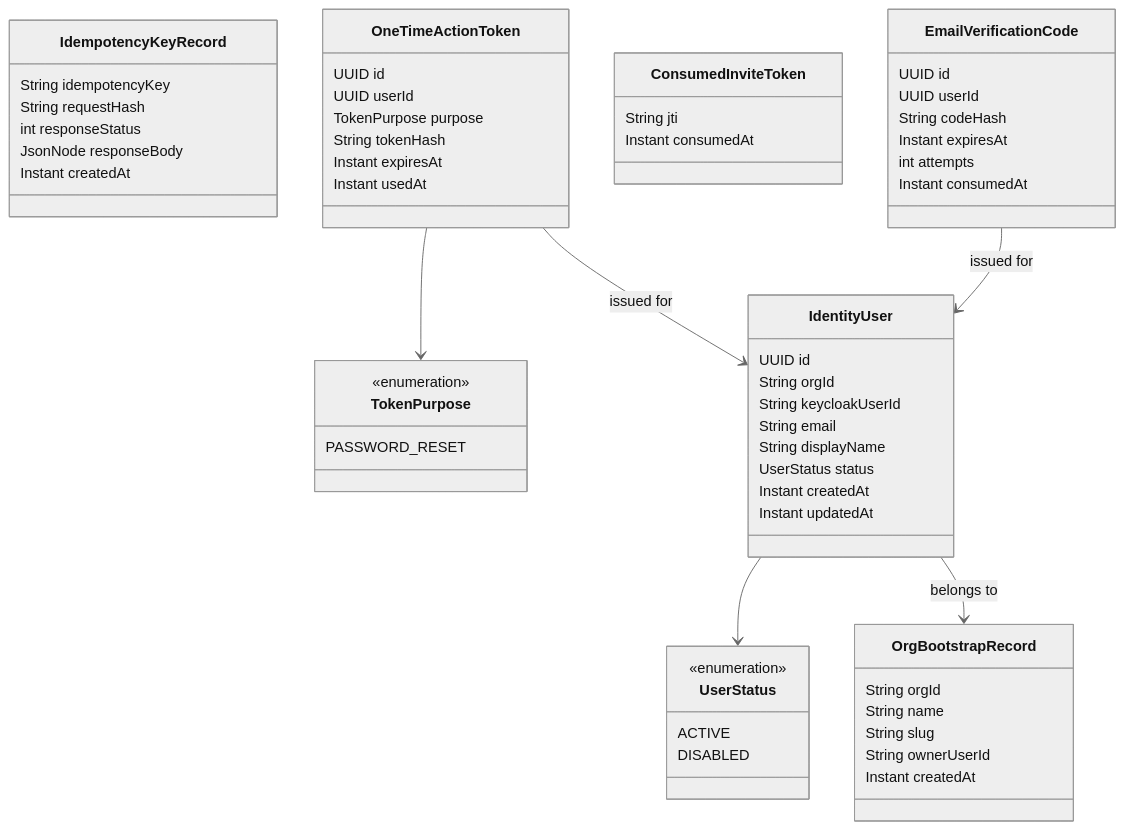
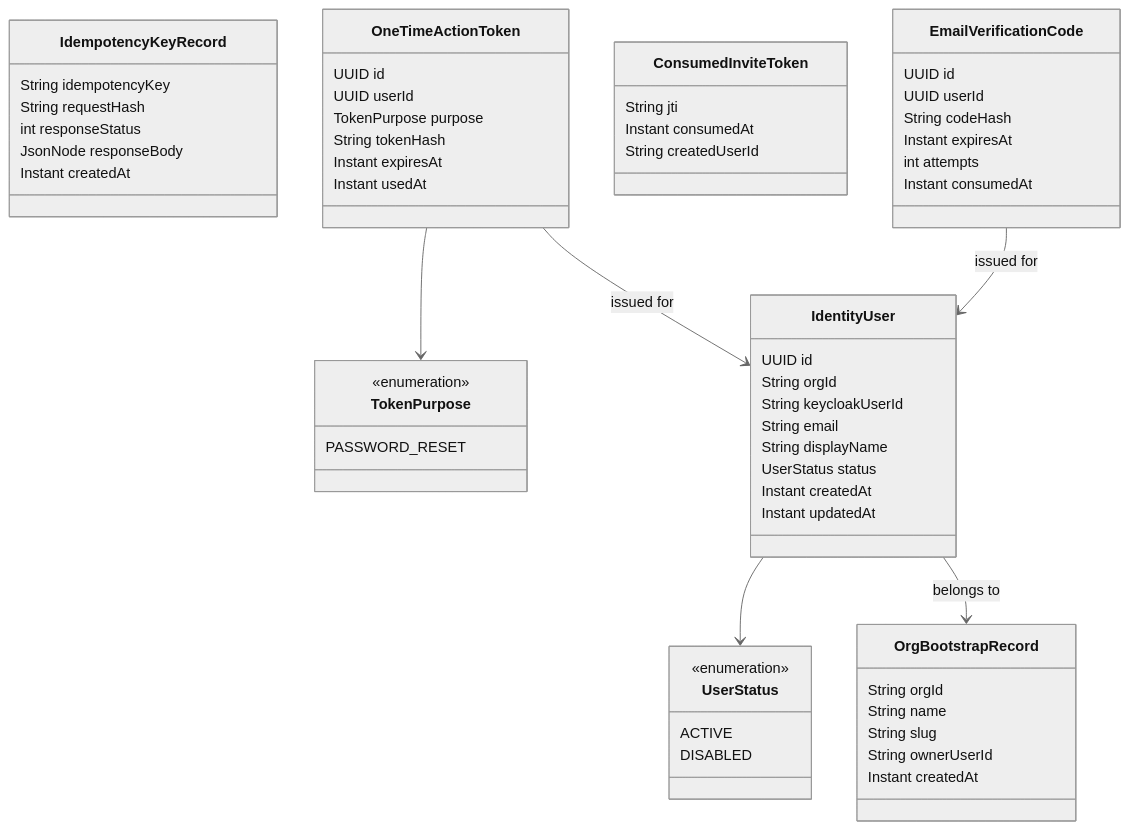
One commit to Wamitinewton/Pallet.io changed the second of 8 diagrams in docs/identity-service/ARCHITECTURE.md. Above: the diagram before and after it, drawn with Mermaid (neutral theme). The commit also changed other lines of this file and 29 other files, not shown here.

````diff
--- a/docs/identity-service/ARCHITECTURE.md
+++ b/docs/identity-service/ARCHITECTURE.md
@@ -192,69 +192,70 @@
 ```mermaid
 classDiagram
     class OrgBootstrapRecord {
         String orgId
         String name
         String slug
         String ownerUserId
         Instant createdAt
     }
 
     class IdentityUser {
         UUID id
         String orgId
         String keycloakUserId
         String email
         String displayName
         UserStatus status
         Instant createdAt
         Instant updatedAt
     }
 
     class UserStatus {
         <<enumeration>>
         ACTIVE
         DISABLED
     }
 
     class IdempotencyKeyRecord {
         String idempotencyKey
         String requestHash
         int responseStatus
         JsonNode responseBody
         Instant createdAt
     }
 
     class OneTimeActionToken {
         UUID id
         UUID userId
         TokenPurpose purpose
         String tokenHash
         Instant expiresAt
         Instant usedAt
     }
 
     class TokenPurpose {
         <<enumeration>>
         PASSWORD_RESET
     }
 
     class ConsumedInviteToken {
         String jti
         Instant consumedAt
+        String createdUserId
     }
 
     class EmailVerificationCode {
         UUID id
         UUID userId
         String codeHash
         Instant expiresAt
         int attempts
         Instant consumedAt
     }
 
     IdentityUser --> UserStatus
     IdentityUser --> OrgBootstrapRecord : belongs to
     OneTimeActionToken --> TokenPurpose
     OneTimeActionToken --> IdentityUser : issued for
     EmailVerificationCode --> IdentityUser : issued for
 ```
````
